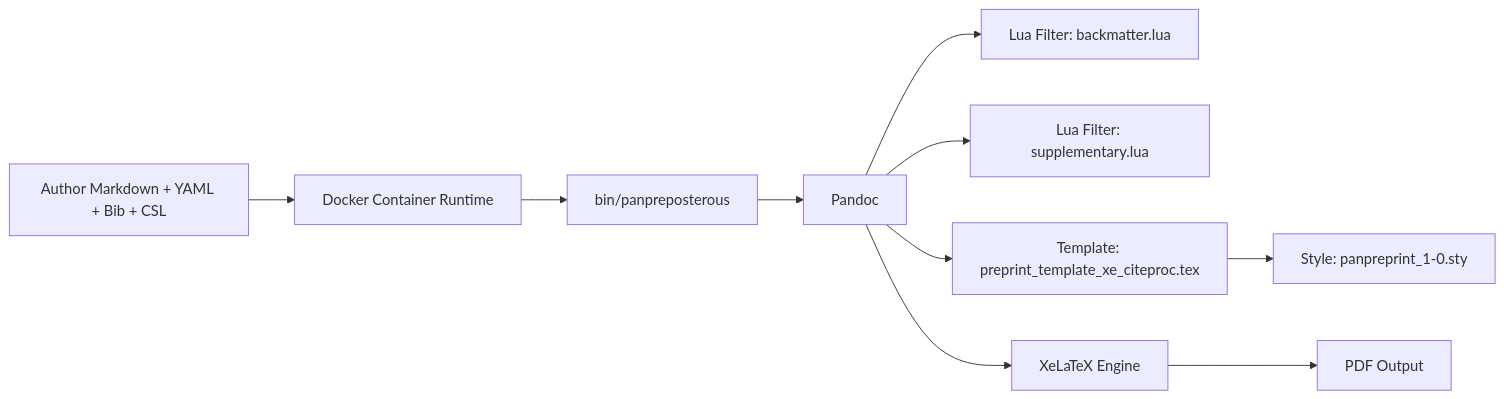
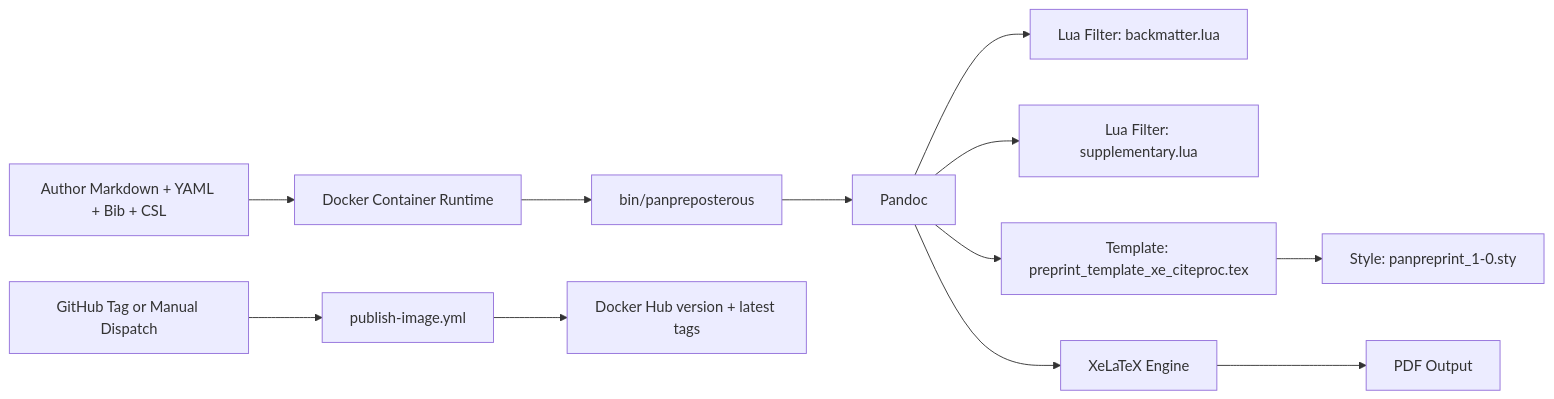
One commit to costantinicarlo/panpreposterous changed the first of 2 diagrams in docs/anchor/workspace-architecture-anchor.md. Above: the diagram before and after it, drawn with Mermaid. The commit also changed other lines of this file, not shown here.

Commit message:
Update workspace architecture documentation to reflect recent changes in metadata, file structure, and release automation

````diff
--- a/docs/anchor/workspace-architecture-anchor.md
+++ b/docs/anchor/workspace-architecture-anchor.md
@@ -48,12 +55,14 @@
 ```mermaid
 flowchart LR
     A[Author Markdown + YAML + Bib + CSL] --> B[Docker Container Runtime]
     B --> C[bin/panpreposterous]
     C --> D[Pandoc]
     D --> E[Lua Filter: backmatter.lua]
     D --> F[Lua Filter: supplementary.lua]
     D --> G[Template: preprint_template_xe_citeproc.tex]
     G --> H[Style: panpreprint_1-0.sty]
     D --> I[XeLaTeX Engine]
     I --> J[PDF Output]
+    K[GitHub Tag or Manual Dispatch] --> L[publish-image.yml]
+    L --> M[Docker Hub version + latest tags]
 ```
````
